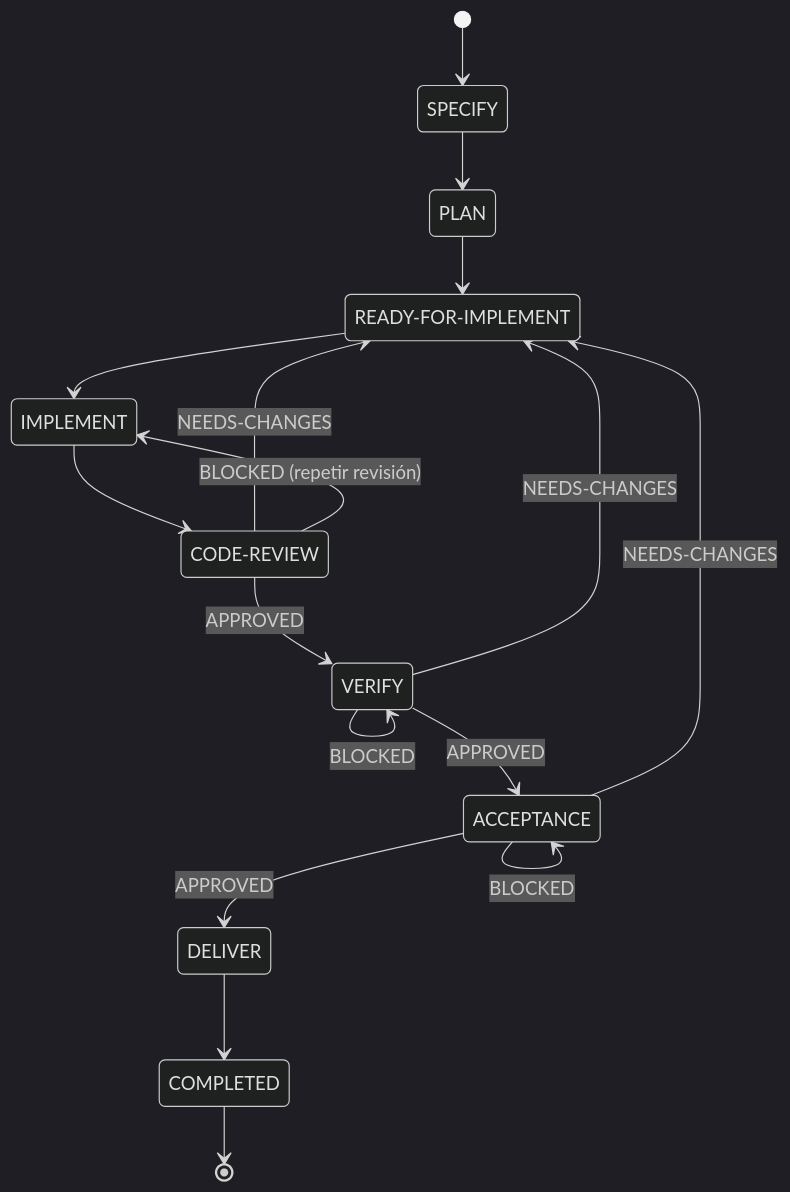
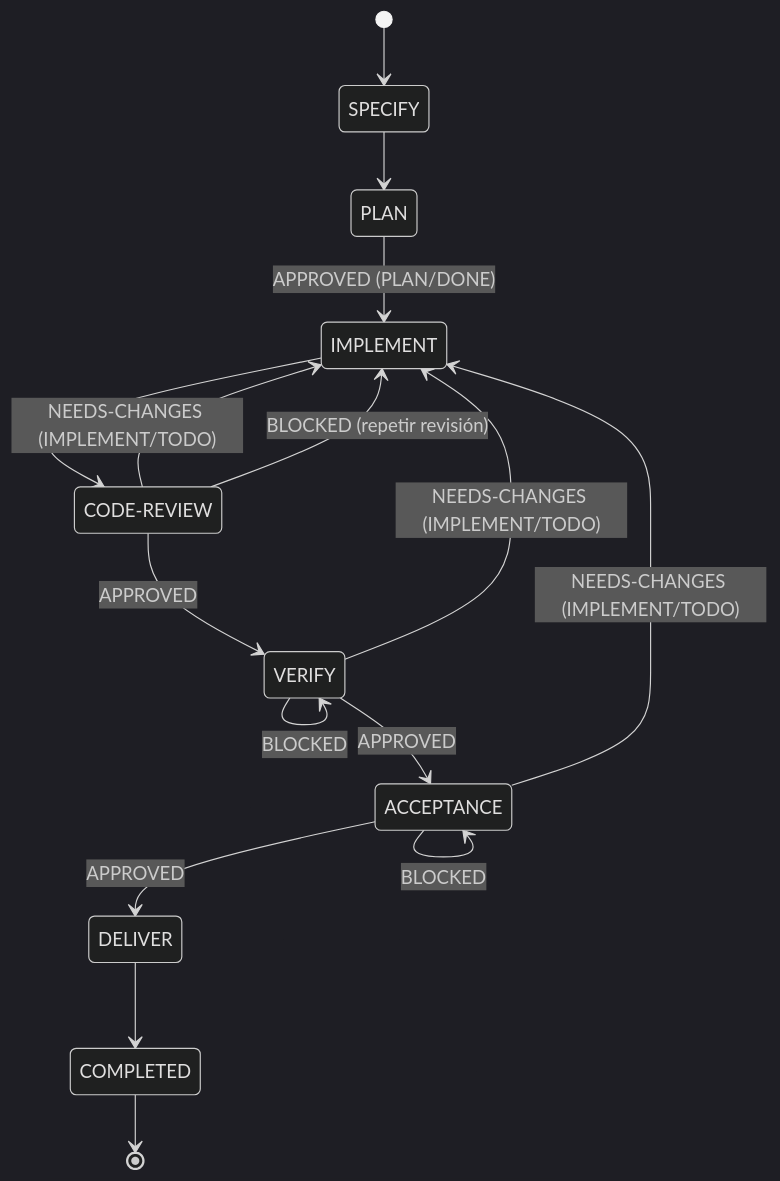
Before and after one commit to dariopalminio/agile-sddf: the diagram in docs/domains/domain-story-lifecycle.md, drawn with Mermaid (dark theme). The commit also changed other lines of this file and 16 other files, not shown here.

Commit message:
docs(specs): STORY-187 was implemented and VERIFY/DONE

````diff
--- a/docs/domains/domain-story-lifecycle.md
+++ b/docs/domains/domain-story-lifecycle.md
@@ -90,22 +91,20 @@
 ```mermaid
 stateDiagram-v2
     [*] --> SPECIFY
     SPECIFY --> PLAN
-    PLAN --> RFI
-    RFI --> IMPLEMENT
+    PLAN --> IMPLEMENT : APPROVED (PLAN/DONE)
     IMPLEMENT --> CR
     CR --> VERIFY : APPROVED
-    CR --> RFI : NEEDS-CHANGES
+    CR --> IMPLEMENT : NEEDS-CHANGES (IMPLEMENT/TODO)
     CR --> IMPLEMENT : BLOCKED (repetir revisión)
     VERIFY --> ACCEPTANCE : APPROVED
-    VERIFY --> RFI : NEEDS-CHANGES
+    VERIFY --> IMPLEMENT : NEEDS-CHANGES (IMPLEMENT/TODO)
     VERIFY --> VERIFY : BLOCKED
     ACCEPTANCE --> DELIVER : APPROVED
-    ACCEPTANCE --> RFI : NEEDS-CHANGES
+    ACCEPTANCE --> IMPLEMENT : NEEDS-CHANGES (IMPLEMENT/TODO)
     ACCEPTANCE --> ACCEPTANCE : BLOCKED
     DELIVER --> COMPLETED
     COMPLETED --> [*]
 
-    state "READY-FOR-IMPLEMENT" as RFI
     state "CODE-REVIEW" as CR
 ```
````
